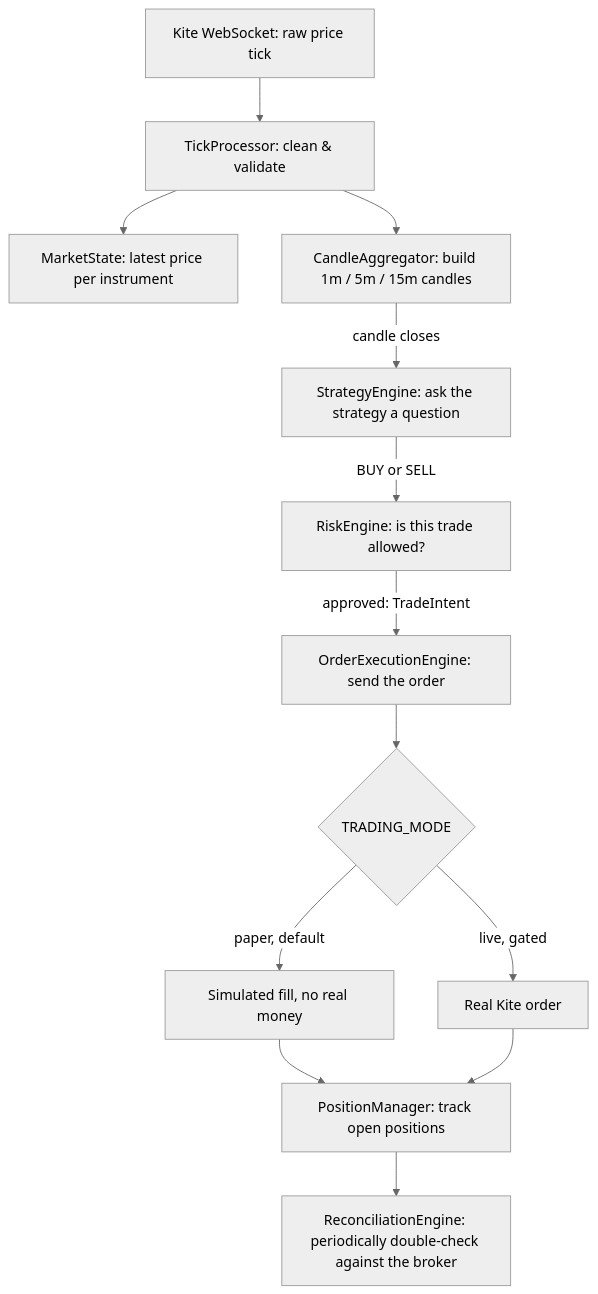
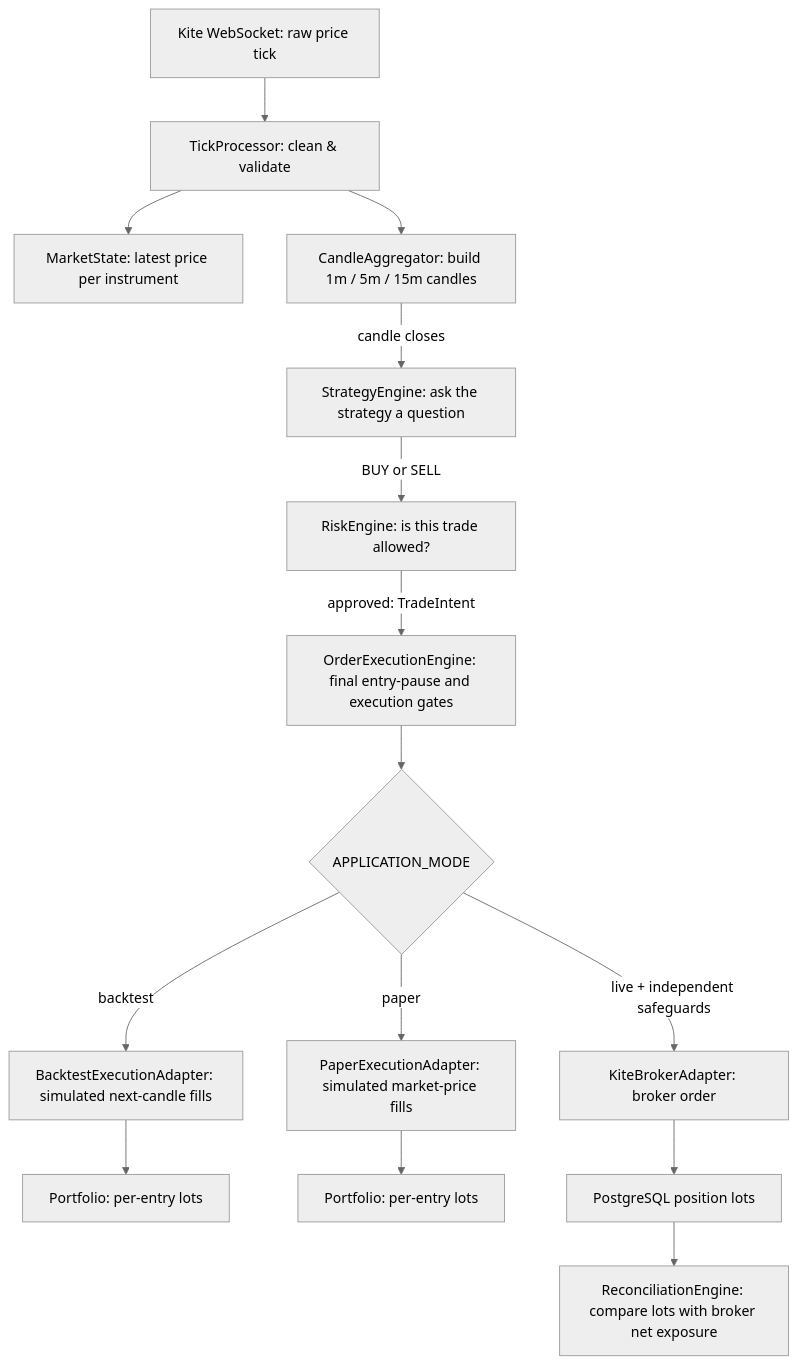
The diagram in docs/trading-platform/flow-and-examples.md (VictorG1422/docs), drawn with Mermaid (neutral theme) before and after one commit. The commit also changed other lines of this file and 4 other files, not shown here.

````diff
--- a/docs/trading-platform/flow-and-examples.md
+++ b/docs/trading-platform/flow-and-examples.md
@@ -61,15 +69,17 @@
 ```mermaid
 flowchart TD
     A[Kite WebSocket: raw price tick] --> B[TickProcessor: clean & validate]
     B --> C[MarketState: latest price per instrument]
     B --> D[CandleAggregator: build 1m / 5m / 15m candles]
     D -->|candle closes| E[StrategyEngine: ask the strategy a question]
     E -->|BUY or SELL| F[RiskEngine: is this trade allowed?]
-    F -->|approved: TradeIntent| G[OrderExecutionEngine: send the order]
-    G --> H{TRADING_MODE}
-    H -->|paper, default| I[Simulated fill, no real money]
-    H -->|live, gated| J[Real Kite order]
-    I --> K[PositionManager: track open positions]
-    J --> K
-    K --> L[ReconciliationEngine: periodically double-check against the broker]
+    F -->|approved: TradeIntent| G[OrderExecutionEngine: final entry-pause and execution gates]
+    G --> H{APPLICATION_MODE}
+    H -->|backtest| I[BacktestExecutionAdapter: simulated next-candle fills]
+    H -->|paper| J[PaperExecutionAdapter: simulated market-price fills]
+    H -->|live + independent safeguards| K[KiteBrokerAdapter: broker order]
+    I --> L[Portfolio: per-entry lots]
+    J --> M[Portfolio: per-entry lots]
+    K --> N[PostgreSQL position lots]
+    N --> O[ReconciliationEngine: compare lots with broker net exposure]
 ```
````
